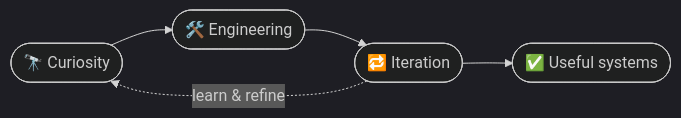
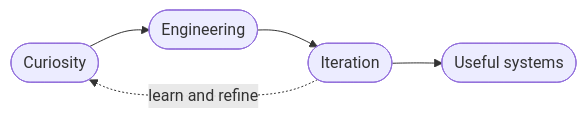
One commit to adreysanjunadel/adreysanjunadel changed the second of 2 diagrams in README.md. Above: the diagram before and after it, drawn with Mermaid. The commit also changed other lines of this file, not shown here.

````diff
--- a/README.md
+++ b/README.md
@@ -207,8 +223,7 @@
 ```mermaid
-%%{init: {'theme':'dark'}}%%
 flowchart LR
-    A([🔭 Curiosity]) --> B([🛠️ Engineering])
-    B --> C([🔁 Iteration])
-    C --> D([✅ Useful systems])
-    C -.->|learn & refine| A
+    A([Curiosity]) --> B([Engineering])
+    B --> C([Iteration])
+    C --> D([Useful systems])
+    C -.->|learn and refine| A
 ```
````
